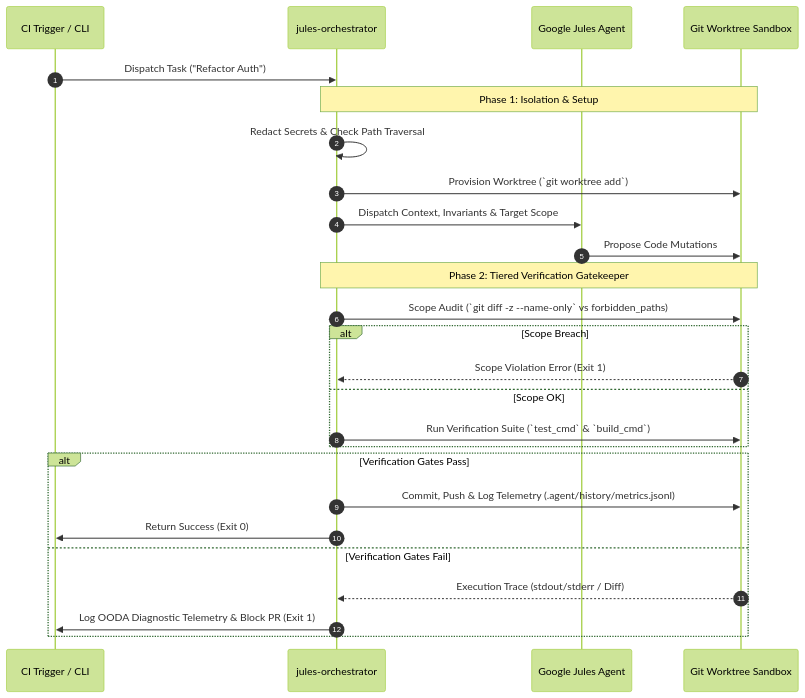
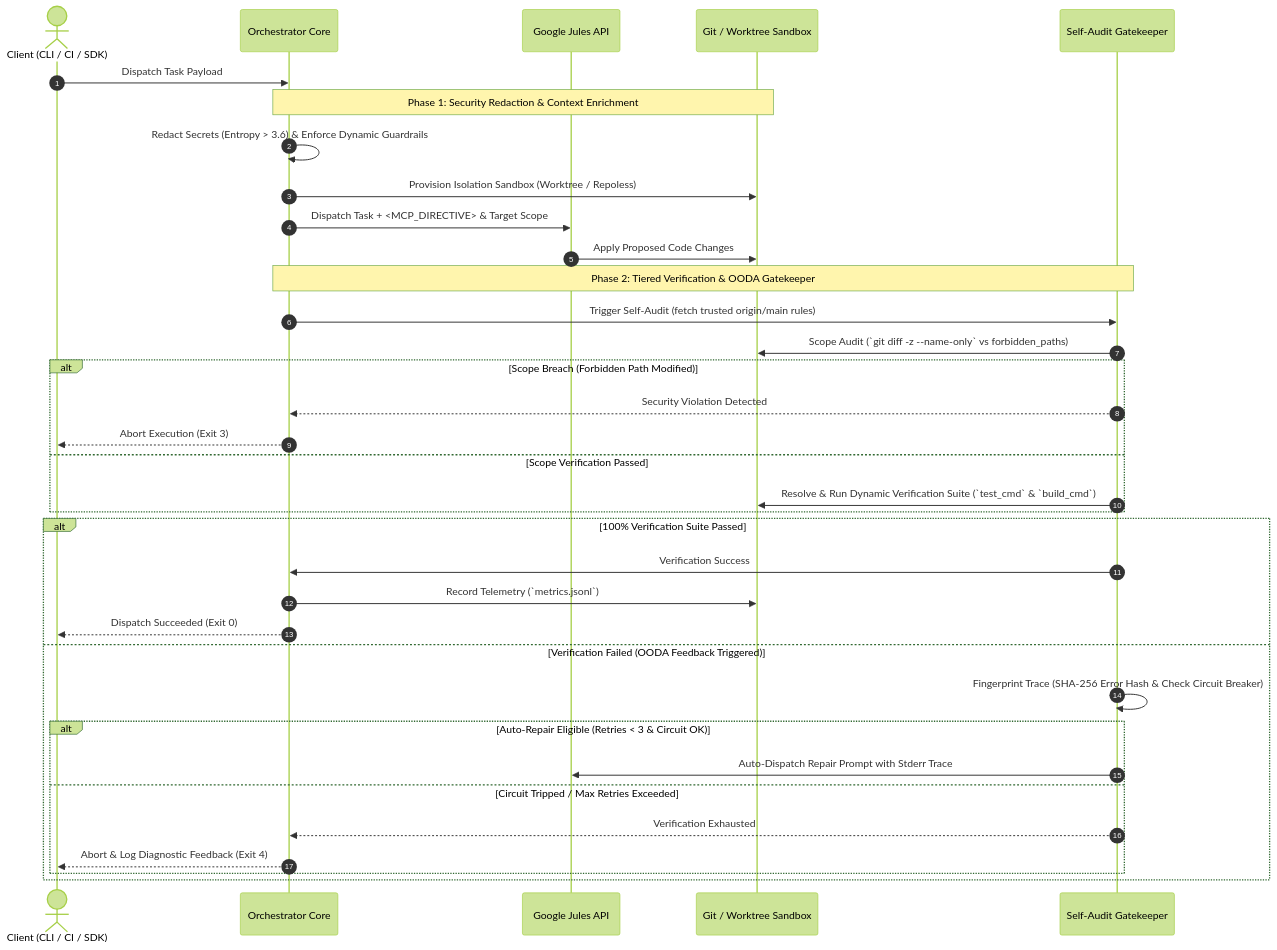
One commit to FullThrottle83/jules-orchestrator-kit changed the third of 3 diagrams in README.md. Above: the diagram before and after it, drawn with Mermaid (forest theme). The commit also changed other lines of this file and 6 other files, not shown here.

Commit message:
feat: add Node.js SDK entrypoint, refine TODO scanner precision, and update architecture flowcharts

````diff
--- a/README.md
+++ b/README.md
@@ -98,33 +104,43 @@
 ```mermaid
 sequenceDiagram
     autonumber
-    participant CLI as CI Trigger / CLI
-    participant Orc as jules-orchestrator
-    participant Jules as Google Jules Agent
-    participant Git as Git Worktree Sandbox
+    actor Trigger as Client (CLI / CI / SDK)
+    participant Orc as Orchestrator Core
+    participant API as Google Jules API
+    participant Git as Git / Worktree Sandbox
+    participant Gate as Self-Audit Gatekeeper
 
-    CLI->>Orc: Dispatch Task ("Refactor Auth")
+    Trigger->>Orc: Dispatch Task Payload
     
-    note over Orc,Git: Phase 1: Isolation & Setup
-    Orc->>Orc: Redact Secrets & Check Path Traversal
-    Orc->>Git: Provision Worktree (`git worktree add`)
-    Orc->>Jules: Dispatch Context, Invariants & Target Scope
+    note over Orc,Git: Phase 1: Security Redaction & Context Enrichment
+    Orc->>Orc: Redact Secrets (Entropy > 3.6) & Enforce Dynamic Guardrails
+    Orc->>Git: Provision Isolation Sandbox (Worktree / Repoless)
+    Orc->>API: Dispatch Task + <MCP_DIRECTIVE> & Target Scope
 
-    Jules->>Git: Propose Code Mutations
+    API->>Git: Apply Proposed Code Changes
     
-    note over Orc,Git: Phase 2: Tiered Verification Gatekeeper
-    Orc->>Git: Scope Audit (`git diff -z --name-only` vs forbidden_paths)
-    alt Scope Breach
-        Git-->>Orc: Scope Violation Error (Exit 1)
-    else Scope OK
-        Orc->>Git: Run Verification Suite (`test_cmd` & `build_cmd`)
+    note over Orc,Gate: Phase 2: Tiered Verification & OODA Gatekeeper
+    Orc->>Gate: Trigger Self-Audit (fetch trusted origin/main rules)
+    Gate->>Git: Scope Audit (`git diff -z --name-only` vs forbidden_paths)
+    
+    alt Scope Breach (Forbidden Path Modified)
+        Gate-->>Orc: Security Violation Detected
+        Orc-->>Trigger: Abort Execution (Exit 3)
+    else Scope Verification Passed
+        Gate->>Git: Resolve & Run Dynamic Verification Suite (`test_cmd` & `build_cmd`)
     end
 
-    alt Verification Gates Pass
-        Orc->>Git: Commit, Push & Log Telemetry (.agent/history/metrics.jsonl)
-        Orc->>CLI: Return Success (Exit 0)
-    else Verification Gates Fail
-        Git-->>Orc: Execution Trace (stdout/stderr / Diff)
-        Orc->>CLI: Log OODA Diagnostic Telemetry & Block PR (Exit 1)
+    alt 100% Verification Suite Passed
+        Gate->>Orc: Verification Success
+        Orc->>Git: Record Telemetry (`metrics.jsonl`)
+        Orc-->>Trigger: Dispatch Succeeded (Exit 0)
+    else Verification Failed (OODA Feedback Triggered)
+        Gate->>Gate: Fingerprint Trace (SHA-256 Error Hash & Check Circuit Breaker)
+        alt Auto-Repair Eligible (Retries < 3 & Circuit OK)
+            Gate->>API: Auto-Dispatch Repair Prompt with Stderr Trace
+        else Circuit Tripped / Max Retries Exceeded
+            Gate-->>Orc: Verification Exhausted
+            Orc-->>Trigger: Abort & Log Diagnostic Feedback (Exit 4)
+        end
     end
 ```
````
